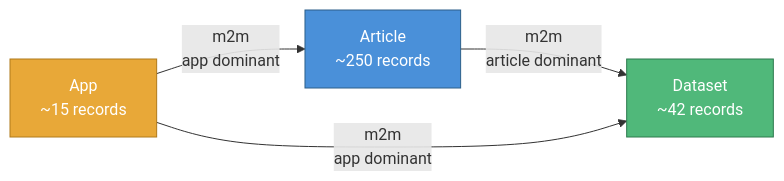
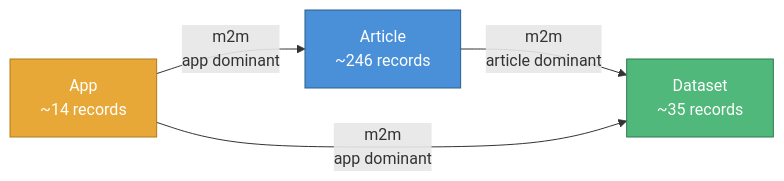
One commit to ICJIA/hub-migration-tools changed the diagram in README.md. Above: the diagram before and after it, drawn with Mermaid. The commit also changed other lines of this file and 2 other files, not shown here.

````diff
--- a/README.md
+++ b/README.md
@@ -535,10 +46,10 @@
 ```mermaid
 graph LR
-    A[Article<br/>~250 records] -->|m2m<br/>article dominant| D[Dataset<br/>~42 records]
-    AP[App<br/>~15 records] -->|m2m<br/>app dominant| A
+    A[Article<br/>~246 records] -->|m2m<br/>article dominant| D[Dataset<br/>~35 records]
+    AP[App<br/>~14 records] -->|m2m<br/>app dominant| A
     AP -->|m2m<br/>app dominant| D
 
     style A fill:#4a90d9,stroke:#2c5f8a,color:#fff
     style D fill:#50b87a,stroke:#2d7a4d,color:#fff
     style AP fill:#e8a838,stroke:#b07a1a,color:#fff
 ```
````
